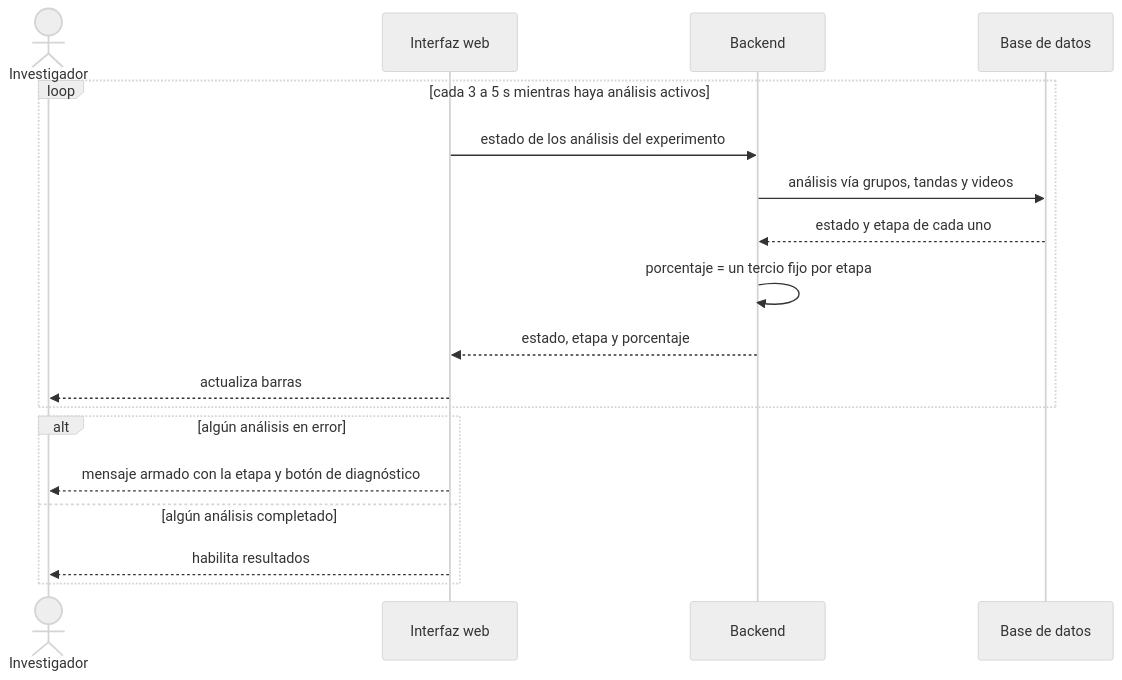
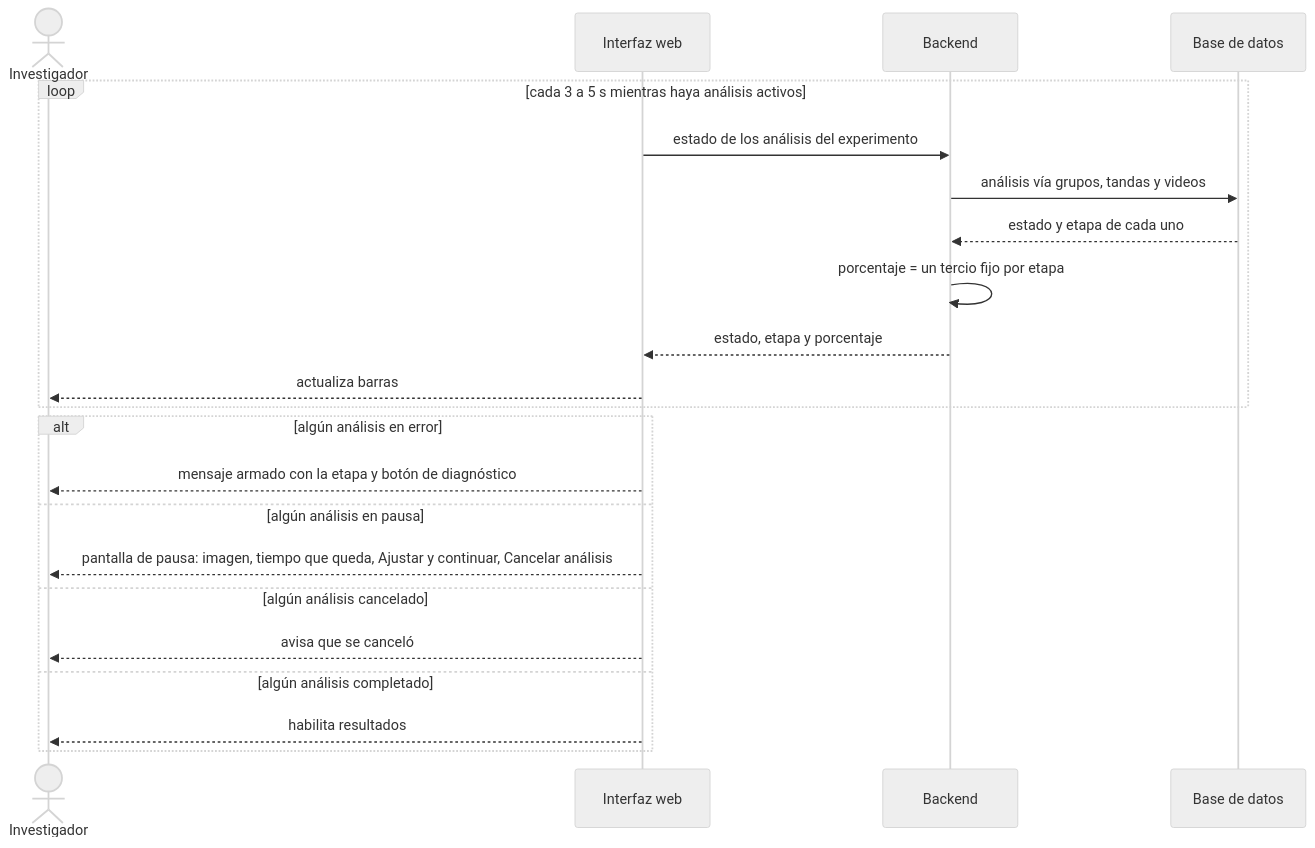
Before and after one commit to ErickJester/fst-ai-system-latex: the sixth of 39 diagrams in INSTRUCCIONES-WEB.md, drawn with Mermaid (neutral theme). The commit also changed other lines of this file, not shown here.

First line of the commit message:
Reescribir y ajustar INSTRUCCIONES-WEB.md para que otro Claude pueda construir back y front solo con la guia

````diff
--- a/INSTRUCCIONES-WEB.md
+++ b/INSTRUCCIONES-WEB.md
@@ -887,20 +1083,24 @@
 ```mermaid
 sequenceDiagram
   actor I as Investigador
   participant UI as Interfaz web
   participant API as Backend
   participant DB as Base de datos
   loop cada 3 a 5 s mientras haya análisis activos
     UI->>API: estado de los análisis del experimento
     API->>DB: análisis vía grupos, tandas y videos
     DB-->>API: estado y etapa de cada uno
     API->>API: porcentaje = un tercio fijo por etapa
     API-->>UI: estado, etapa y porcentaje
     UI-->>I: actualiza barras
   end
   alt algún análisis en error
     UI-->>I: mensaje armado con la etapa y botón de diagnóstico
+  else algún análisis en pausa
+    UI-->>I: pantalla de pausa: imagen, tiempo que queda, Ajustar y continuar, Cancelar análisis
+  else algún análisis cancelado
+    UI-->>I: avisa que se canceló
   else algún análisis completado
     UI-->>I: habilita resultados
   end
 ```
````
